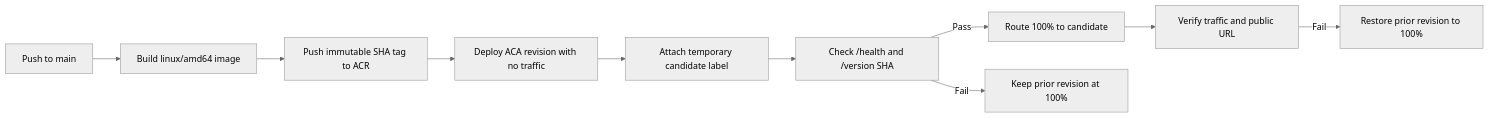
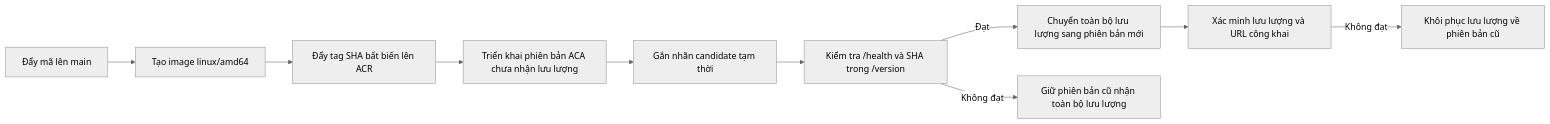
One commit to courseprojectICTU/Sign-Language-Classification changed the diagram in docs/api/US-029.md. Above: the diagram before and after it, drawn with Mermaid (neutral theme). The commit also changed other lines of this file, not shown here.

````diff
--- a/docs/api/US-029.md
+++ b/docs/api/US-029.md
@@ -46,12 +49,12 @@
 ```mermaid
 flowchart LR
-    Push[Push to main] --> Build[Build linux/amd64 image]
-    Build --> ACR[Push immutable SHA tag to ACR]
-    ACR --> Candidate[Deploy ACA revision with no traffic]
-    Candidate --> Label[Attach temporary candidate label]
-    Label --> Smoke[Check /health and /version SHA]
-    Smoke -->|Pass| Shift[Route 100% to candidate]
-    Smoke -->|Fail| Stable[Keep prior revision at 100%]
-    Shift --> Verify[Verify traffic and public URL]
-    Verify -->|Fail| Rollback[Restore prior revision to 100%]
+    Push[Đẩy mã lên main] --> Build[Tạo image linux/amd64]
+    Build --> ACR[Đẩy tag SHA bất biến lên ACR]
+    ACR --> Candidate[Triển khai phiên bản ACA chưa nhận lưu lượng]
+    Candidate --> Label[Gắn nhãn candidate tạm thời]
+    Label --> Smoke[Kiểm tra /health và SHA trong /version]
+    Smoke -->|Đạt| Shift[Chuyển toàn bộ lưu lượng sang phiên bản mới]
+    Smoke -->|Không đạt| Stable[Giữ phiên bản cũ nhận toàn bộ lưu lượng]
+    Shift --> Verify[Xác minh lưu lượng và URL công khai]
+    Verify -->|Không đạt| Rollback[Khôi phục lưu lượng về phiên bản cũ]
 ```
````
